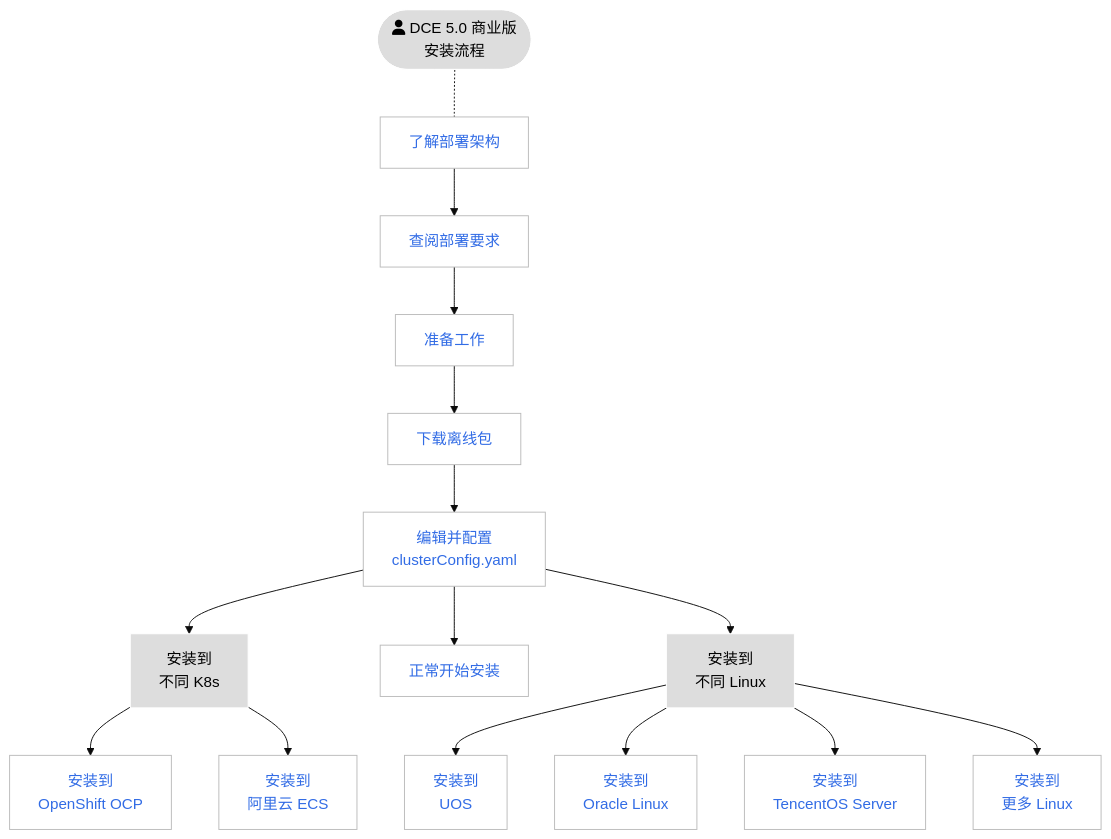
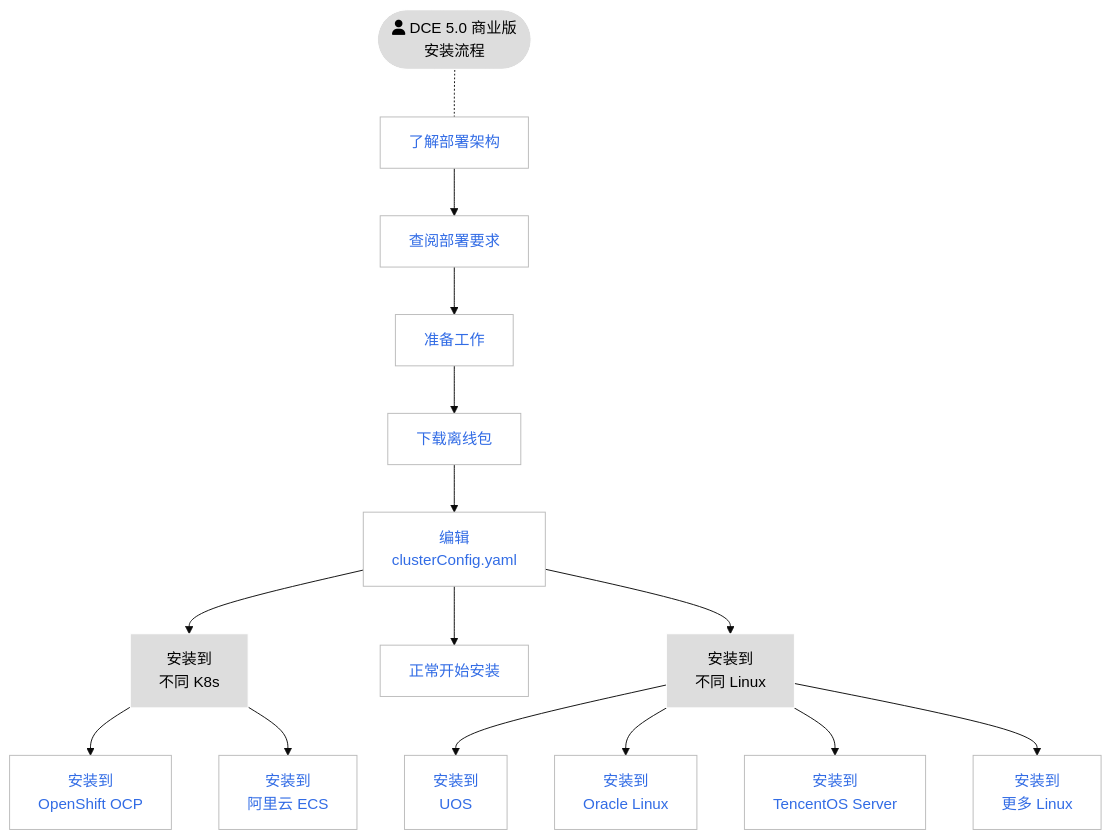
The second of 2 diagrams in docs/zh/docs/install/index.md (DaoCloud/DaoCloud-docs), drawn with Mermaid (base theme) before and after one commit. The commit also changed other lines of this file and 1 other file, not shown here.

````diff
--- a/docs/zh/docs/install/index.md
+++ b/docs/zh/docs/install/index.md
@@ -115,45 +115,45 @@
 ```mermaid
 flowchart TB
 
     start([fa:fa-user DCE 5.0 商业版<br>安装流程]) -.- arch[了解部署架构]
     arch --> deploy[查阅部署要求]
     deploy --> prepare[准备工作]
     prepare --> download[下载离线包]
-    download --> config[编辑并配置<br>clusterConfig.yaml]
+    download --> config[编辑<br>clusterConfig.yaml]
     
     config --> other-k8s[安装到<br>不同 K8s]
     config --> install[正常开始安装]
     config --> other-os[安装到<br>不同 Linux]
 
     other-k8s --> ocp[安装到<br>OpenShift OCP]
     other-k8s --> ali[安装到<br>阿里云 ECS]
 
     other-os --> uos[安装到<br>UOS]
     other-os --> oracle[安装到<br>Oracle Linux]
     other-os --> tencent[安装到<br>TencentOS Server]
     other-os --> other[安装到<br>更多 Linux]
 
 
 classDef grey fill:#dddddd,stroke:#ffffff,stroke-width:1px,color:#000000, font-size:15px;
 classDef white fill:#ffffff,stroke:#000,stroke-width:1px,color:#000,font-weight:bold
 classDef spacewhite fill:#ffffff,stroke:#fff,stroke-width:0px,color:#000
 classDef plain fill:#ddd,stroke:#fff,stroke-width:1px,color:#000;
 classDef k8s fill:#326ce5,stroke:#fff,stroke-width:1px,color:#fff;
 classDef cluster fill:#fff,stroke:#bbb,stroke-width:1px,color:#326ce5;
 
 class arch,deploy,prepare,download,config,install,ocp,ali,uos,oracle,tencent,other cluster
 class start,other-k8s,other-os plain
 
 click arch "https://docs.daocloud.io/install/commercial/deploy-arch.html"
 click deploy "https://docs.daocloud.io/install/commercial/deploy-requirements.html"
 click prepare "https://docs.daocloud.io/install/commercial/prepare.html"
 click download "https://docs.daocloud.io/install/commercial/start-install.html#1"
 click config "https://docs.daocloud.io/install/commercial/start-install.html#2-clusterconfigyaml"
 click install "https://docs.daocloud.io/install/commercial/start-install.html#3"
 click ocp "https://docs.daocloud.io/install/k8s-install/ocp-install-dce5.0.html"
 click ali "https://docs.daocloud.io/install/k8s-install/ecs-install-dce5.0.html"
 click uos "https://docs.daocloud.io/install/os-install/uos-v20-install-dce5.0.html"
 click oracle "https://docs.daocloud.io/install/os-install/oracleLinux-install-dce5.0.html"
 click tencent "https://docs.daocloud.io/install/os-install/TencentOS-install-dce5.0.html"
 click other "https://docs.daocloud.io/install/os-install/otherlinux.html"
 ```
````
